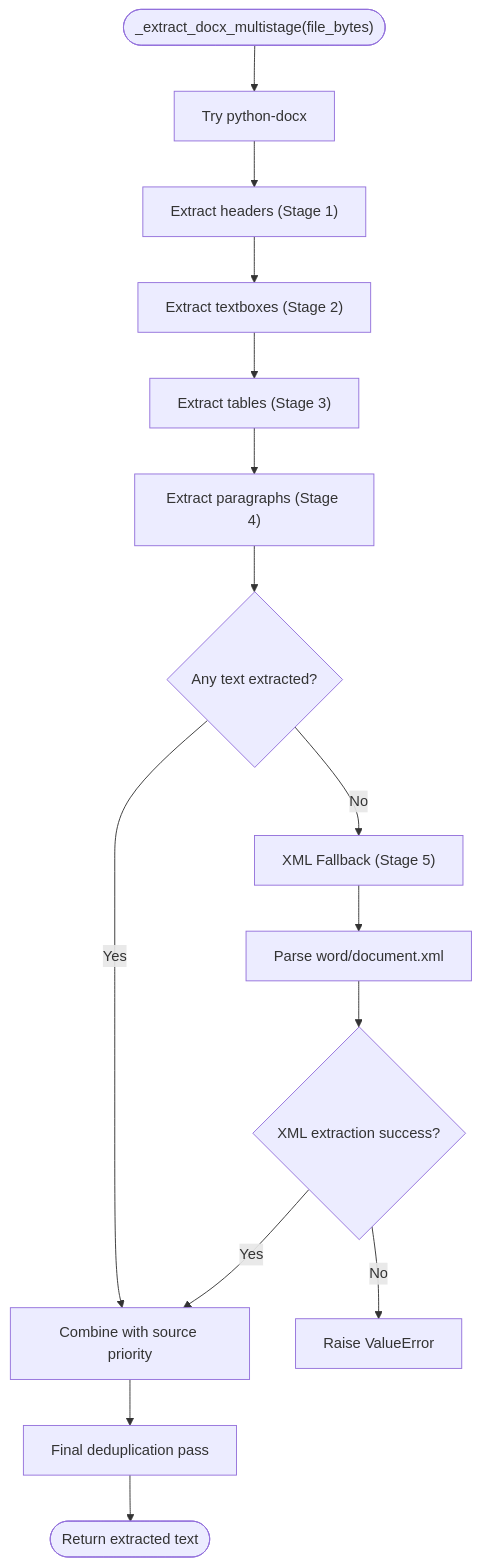
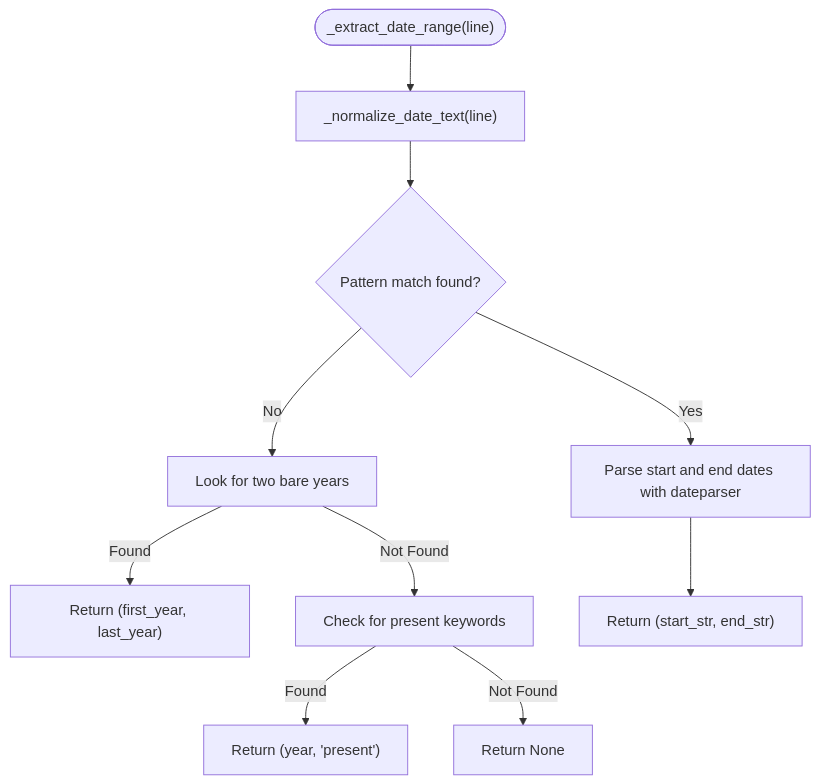
The fourth of 19 diagrams in .qoder/repowiki/en/content/Analysis Engine/Parser Service.md (Revanththetalogics/aireume), drawn with Mermaid before and after one commit. The commit also changed other lines of this file and 41 other files, not shown here.

````diff
--- a/.qoder/repowiki/en/content/Analysis Engine/Parser Service.md
+++ b/.qoder/repowiki/en/content/Analysis Engine/Parser Service.md
@@ -252,17 +264,12 @@
 ```mermaid
 flowchart TD
-Start(["_extract_docx_multistage(file_bytes)"]) --> TryDocx["Try python-docx"]
-TryDocx --> Headers["Extract headers (Stage 1)"]
-Headers --> Textboxes["Extract textboxes (Stage 2)"]
-Textboxes --> Tables["Extract tables (Stage 3)"]
-Tables --> Paragraphs["Extract paragraphs (Stage 4)"]
-Paragraphs --> Success{"Any text extracted?"}
-Success --> |Yes| Combine["Combine with source priority"]
-Success --> |No| XMLFallback["XML Fallback (Stage 5)"]
-XMLFallback --> XMLExtract["Parse word/document.xml"]
-XMLExtract --> XMLSuccess{"XML extraction success?"}
-XMLSuccess --> |Yes| Combine
-XMLSuccess --> |No| Error["Raise ValueError"]
-Combine --> Deduplicate["Final deduplication pass"]
-Deduplicate --> Return(["Return extracted text"])
+Start(["_extract_date_range(line)"]) --> Normalize["_normalize_date_text(line)"]
+Normalize --> PatternMatch{"Pattern match found?"}
+PatternMatch --> |Yes| ParseDates["Parse start and end dates with dateparser"]
+PatternMatch --> |No| YearFallback["Look for two bare years"]
+YearFallback --> |Found| ReturnYears["Return (first_year, last_year)"]
+YearFallback --> |Not Found| PresentFallback["Check for present keywords"]
+PresentFallback --> |Found| ReturnPresent["Return (year, 'present')"]
+PresentFallback --> |Not Found| ReturnNone["Return None"]
+ParseDates --> ReturnParsed["Return (start_str, end_str)"]
 ```
````
